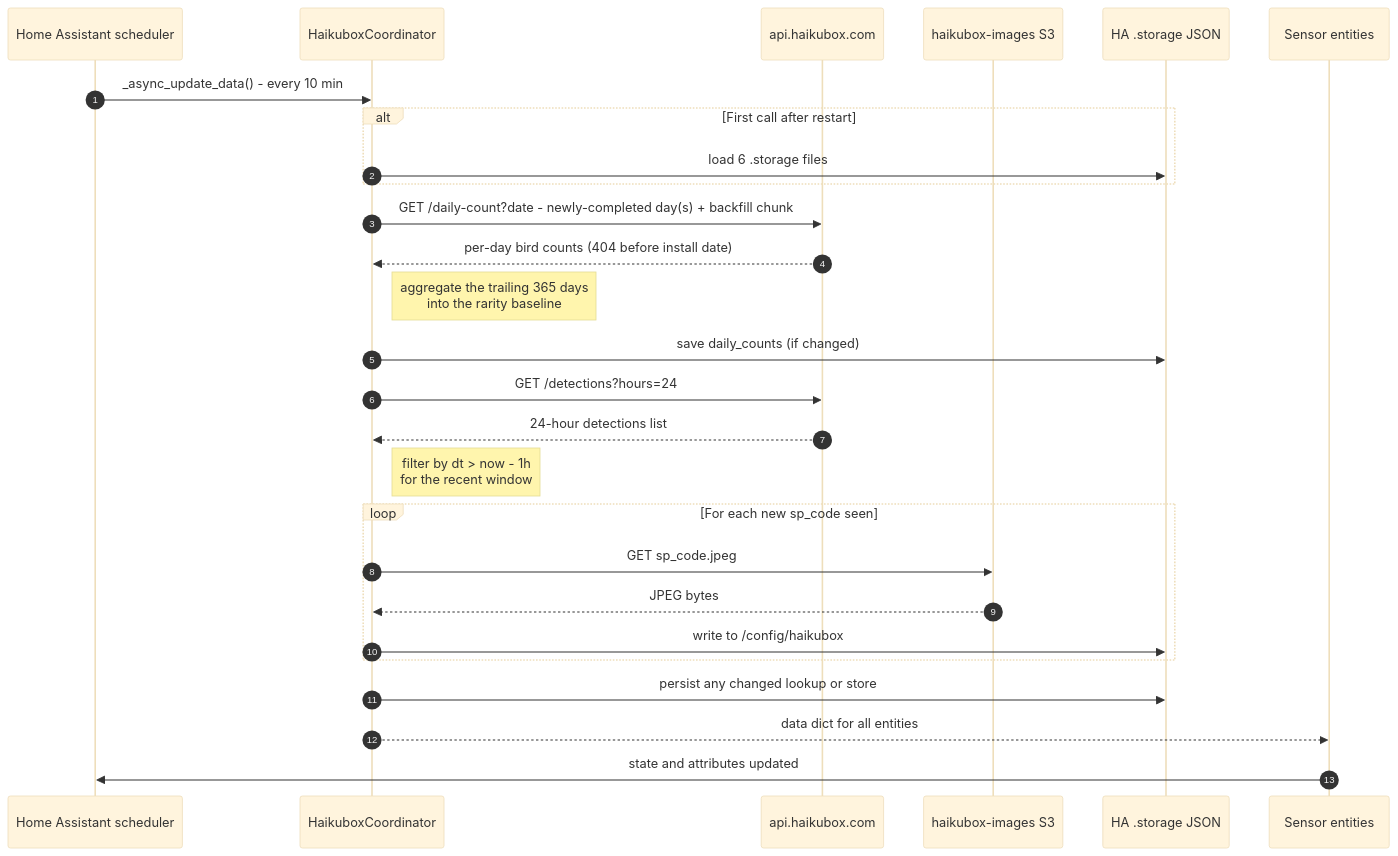
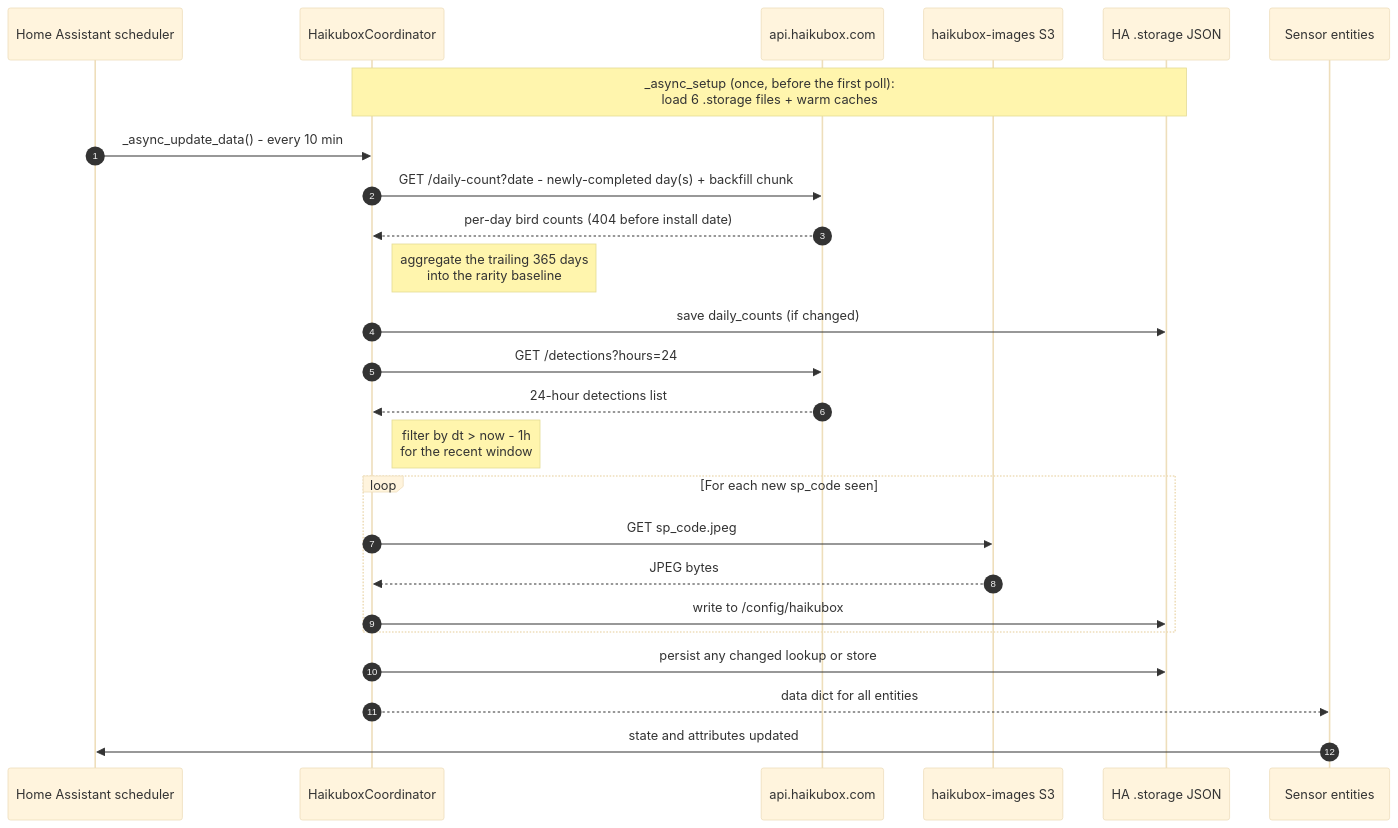
The diagram in docs/api.md (eklundjon/ha-haikubox), drawn with Mermaid (base theme) before and after one commit. The commit also changed other lines of this file and 3 other files, not shown here.

First line of the commit message:
docs: reconcile architecture/api/troubleshooting with refactored code

````diff
--- a/docs/api.md
+++ b/docs/api.md
@@ -22,35 +22,32 @@
 ```mermaid
 sequenceDiagram
     autonumber
     participant HA as Home Assistant scheduler
     participant Coord as HaikuboxCoordinator
     participant API as api.haikubox.com
     participant S3 as haikubox-images S3
     participant Store as HA .storage JSON
     participant Sensors as Sensor entities
 
+    Note over Coord,Store: _async_setup (once, before the first poll):<br/>load 6 .storage files + warm caches
     HA->>Coord: _async_update_data() - every 10 min
-
-    alt First call after restart
-        Coord->>Store: load 6 .storage files
-    end
 
     Coord->>API: GET /daily-count?date - newly-completed day(s) + backfill chunk
     API-->>Coord: per-day bird counts (404 before install date)
     Note right of Coord: aggregate the trailing 365 days<br/>into the rarity baseline
     Coord->>Store: save daily_counts (if changed)
 
     Coord->>API: GET /detections?hours=24
     API-->>Coord: 24-hour detections list
     Note right of Coord: filter by dt > now - 1h<br/>for the recent window
 
     loop For each new sp_code seen
         Coord->>S3: GET sp_code.jpeg
         S3-->>Coord: JPEG bytes
         Coord->>Store: write to /config/haikubox
     end
 
     Coord->>Store: persist any changed lookup or store
     Coord-->>Sensors: data dict for all entities
     Sensors->>HA: state and attributes updated
 ```
````
